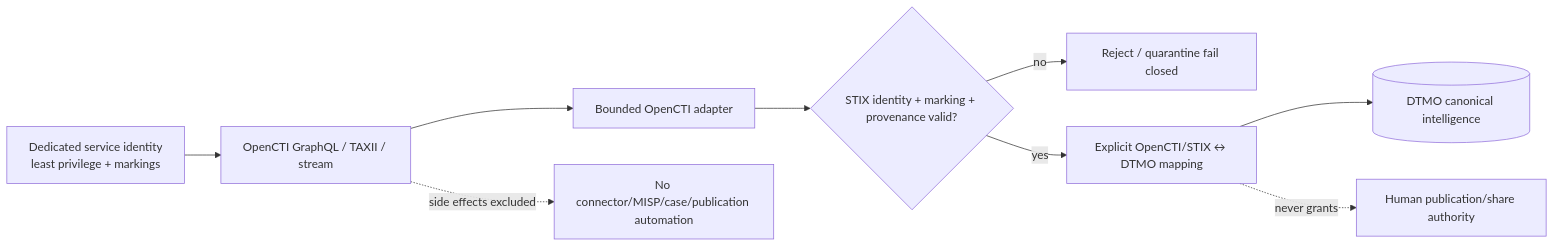
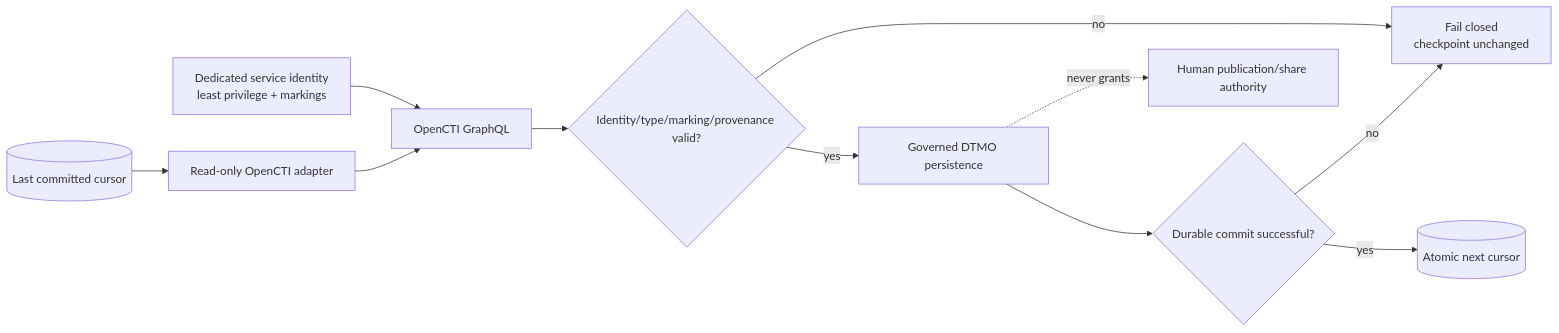
The second of 2 diagrams in docs/roadmap/PLATFORM_INDUSTRIALISATION_ROADMAP.md (GJvManen/dtmo), drawn with Mermaid before and after one commit. The commit also changed other lines of this file, not shown here.

Commit message:
Phase 11.4: advance roadmap to OpenCTI read adapter validation

````diff
--- a/docs/roadmap/PLATFORM_INDUSTRIALISATION_ROADMAP.md
+++ b/docs/roadmap/PLATFORM_INDUSTRIALISATION_ROADMAP.md
@@ -85,11 +86,13 @@
 ```mermaid
 flowchart LR
-    O[OpenCTI GraphQL / TAXII / stream] --> A[Bounded OpenCTI adapter]
-    I[Dedicated service identity\nleast privilege + markings] --> O
-    A --> V{STIX identity + marking + provenance valid?}
-    V -->|no| X[Reject / quarantine fail closed]
-    V -->|yes| M[Explicit OpenCTI/STIX ↔ DTMO mapping]
-    M --> D[(DTMO canonical intelligence)]
-    M -. never grants .-> S[Human publication/share authority]
-    O -. side effects excluded .-> N[No connector/MISP/case/publication automation]
+    C[(Last committed cursor)] --> A[Read-only OpenCTI adapter]
+    I[Dedicated service identity\nleast privilege + markings] --> O[OpenCTI GraphQL]
+    A --> O
+    O --> V{Identity/type/marking/provenance valid?}
+    V -->|no| X[Fail closed\ncheckpoint unchanged]
+    V -->|yes| P[Governed DTMO persistence]
+    P --> K{Durable commit successful?}
+    K -->|no| X
+    K -->|yes| C2[(Atomic next cursor)]
+    P -. never grants .-> S[Human publication/share authority]
 ```
````
